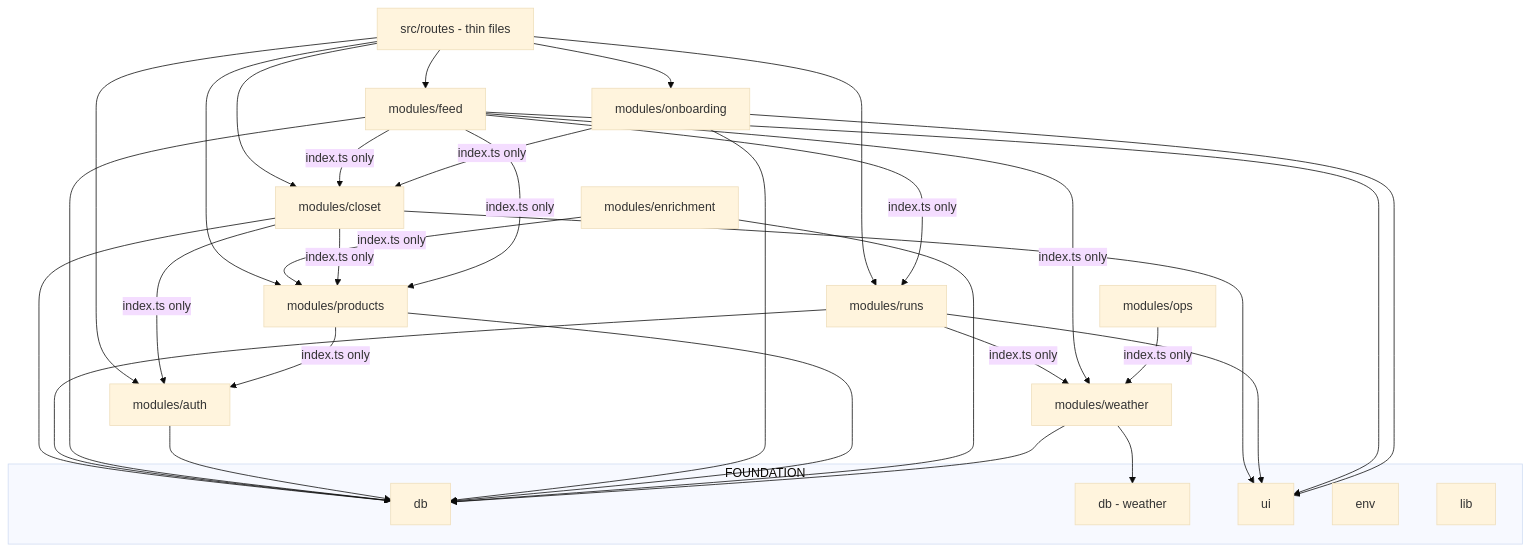
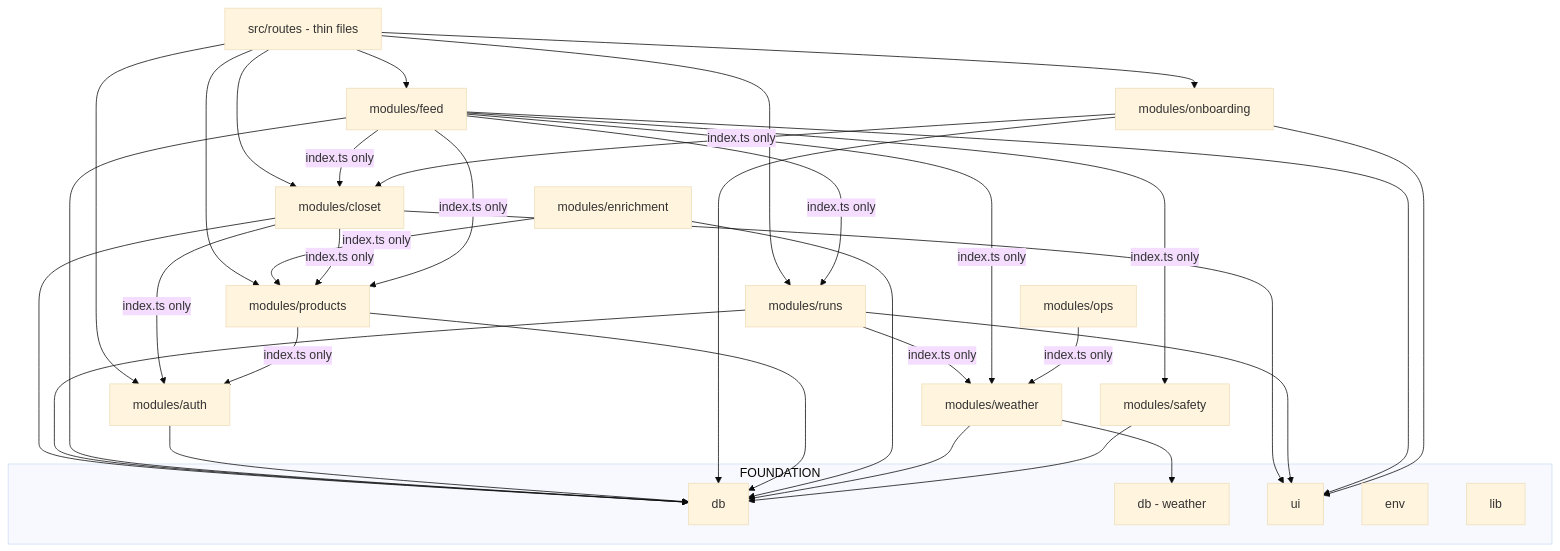
The second of 4 diagrams in docs/architecture.md (ddteeter/dialed.run), drawn with Mermaid (base theme) before and after one commit. The commit also changed other lines of this file and 36 other files, not shown here.

First line of the commit message:
modules/safety: reports, the review queue, blocks, the denylist, the admin gate

````diff
--- a/docs/architecture.md
+++ b/docs/architecture.md
@@ -81,44 +92,46 @@
 ```mermaid
 flowchart TD
     ROUTES[src/routes - thin files] --> AUTH[modules/auth]
     ROUTES --> CLOSET[modules/closet]
     ROUTES --> RUNS[modules/runs]
     ROUTES --> FEED[modules/feed]
     ROUTES --> ONB[modules/onboarding]
     ROUTES --> PROD[modules/products]
 
     CLOSET --> DB[db]
     RUNS --> DB
     FEED --> DB
     AUTH --> DB
     ONB --> DB
     PROD --> DB
     ENR[modules/enrichment] --> DB
     ENR -->|index.ts only| PROD
     WX[modules/weather] --> DBW[db - weather]
     WX --> DB
 
     RUNS -->|index.ts only| WX
     FEED -->|index.ts only| CLOSET
     FEED -->|index.ts only| RUNS
     FEED -->|index.ts only| WX
     ONB -->|index.ts only| CLOSET
     CLOSET -->|index.ts only| PROD
     FEED -->|index.ts only| PROD
     OPS[modules/ops] -->|index.ts only| WX
+    SAFE[modules/safety] --> DB
+    FEED -->|index.ts only| SAFE
     CLOSET -->|index.ts only| AUTH
     PROD -->|index.ts only| AUTH
 
     CLOSET --> UI[ui]
     RUNS --> UI
     FEED --> UI
     ONB --> UI
 
     subgraph FOUNDATION
         DB
         DBW
         UI
         ENV[env]
         LIB[lib]
     end
 ```
````
